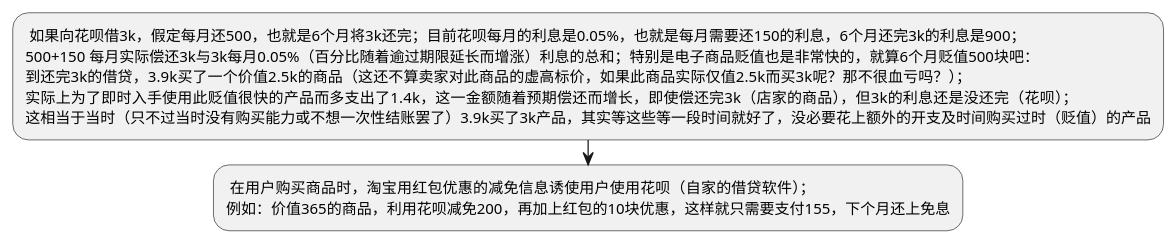
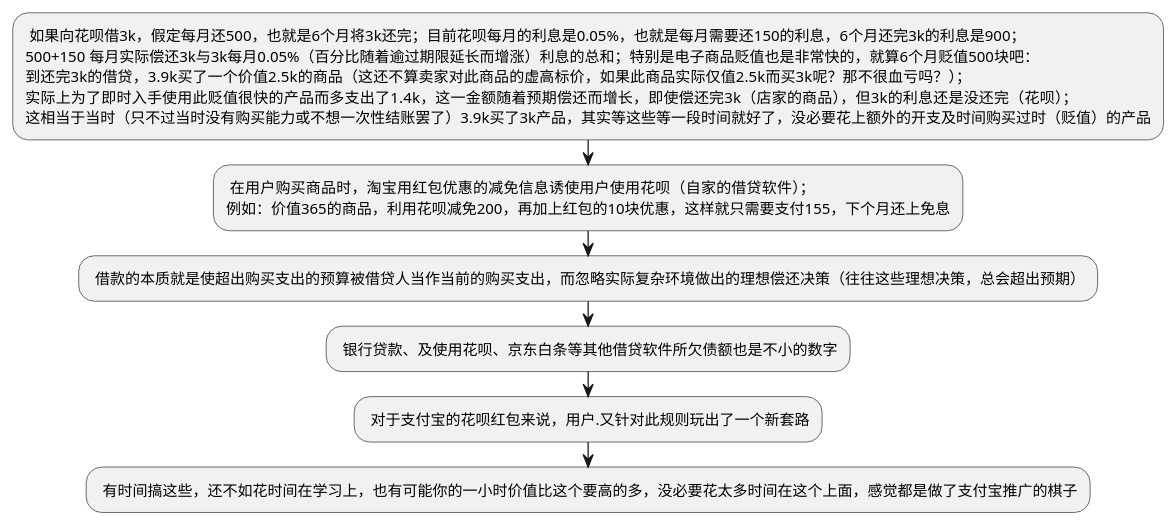
One commit to qwer123369/luckyEXP changed the diagram in 淘宝支付宝花呗流程图.wsd. Above: the diagram before and after it, drawn with PlantUML. The commit also changed other lines of this file, not shown here.

```diff
--- a/淘宝支付宝花呗流程图.wsd
+++ b/淘宝支付宝花呗流程图.wsd
@@ -1,10 +1,13 @@
 @startuml
 : 如果向花呗借3k，假定每月还500，也就是6个月将3k还完；目前花呗每月的利息是0.05%，也就是每月需要还150的利息，6个月还完3k的利息是900；
 500+150 每月实际偿还3k与3k每月0.05%（百分比随着逾过期限延长而增涨）利息的总和；特别是电子商品贬值也是非常快的，就算6个月贬值500块吧：
 到还完3k的借贷，3.9k买了一个价值2.5k的商品（这还不算卖家对此商品的虚高标价，如果此商品实际仅值2.5k而买3k呢？那不很血亏吗？）；
 实际上为了即时入手使用此贬值很快的产品而多支出了1.4k，这一金额随着预期偿还而增长，即使偿还完3k（店家的商品），但3k的利息还是没还完（花呗）；
 这相当于当时（只不过当时没有购买能力或不想一次性结账罢了）3.9k买了3k产品，其实等这些等一段时间就好了，没必要花上额外的开支及时间购买过时（贬值）的产品;
 : 在用户购买商品时，淘宝用红包优惠的减免信息诱使用户使用花呗（自家的借贷软件）；
 例如：价值365的商品，利用花呗减免200，再加上红包的10块优惠，这样就只需要支付155，下个月还上免息;
-
+: 借款的本质就是使超出购买支出的预算被借贷人当作当前的购买支出，而忽略实际复杂环境做出的理想偿还决策（往往这些理想决策，总会超出预期）;
+: 银行贷款、及使用花呗、京东白条等其他借贷软件所欠债额也是不小的数字;
+: 对于支付宝的花呗红包来说，用户.又针对此规则玩出了一个新套路;
+: 有时间搞这些，还不如花时间在学习上，也有可能你的一小时价值比这个要高的多，没必要花太多时间在这个上面，感觉都是做了支付宝推广的棋子;
 @enduml
```
